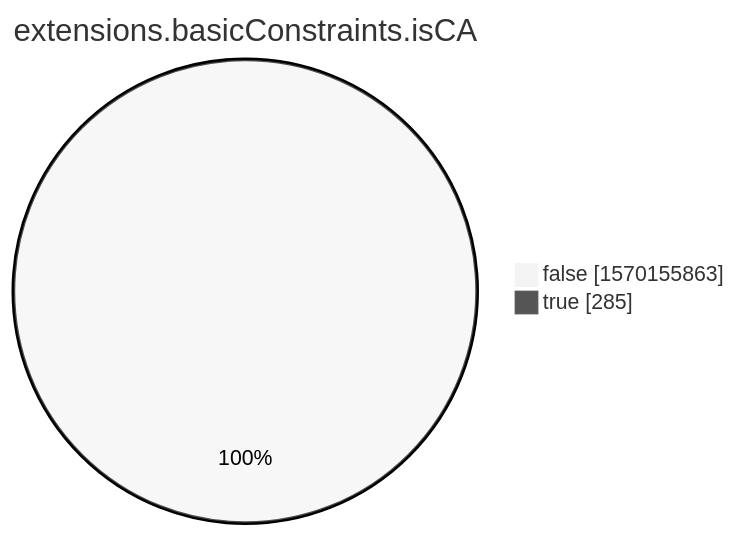
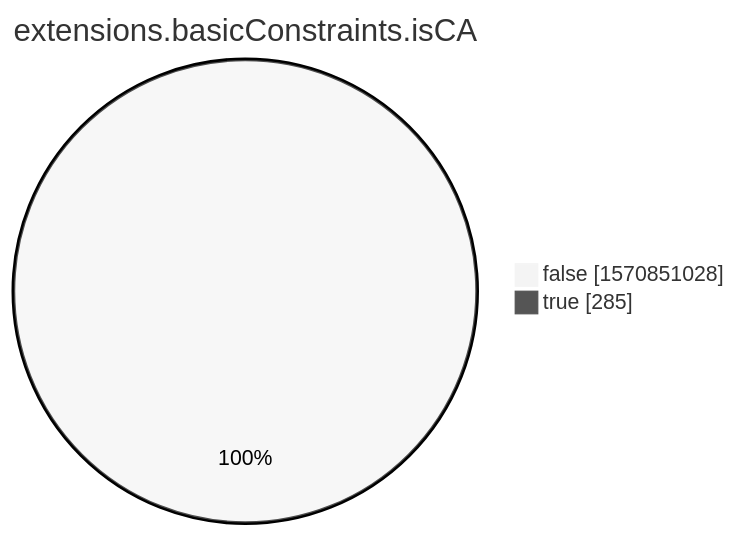
One commit to christiankrug/ctmonitor_visualization changed the eighth of 15 diagrams in xenon2022/README.md. Above: the diagram before and after it, drawn with Mermaid (neutral theme). The commit also changed other lines of this file, not shown here.

````diff
--- a/xenon2022/README.md
+++ b/xenon2022/README.md
@@ -2861,6 +2861,6 @@
 ```mermaid
 pie showData
 title extensions.basicConstraints.isCA
-"false" :1570155863
+"false" :1570851028
 "true" :285
 ```
````
